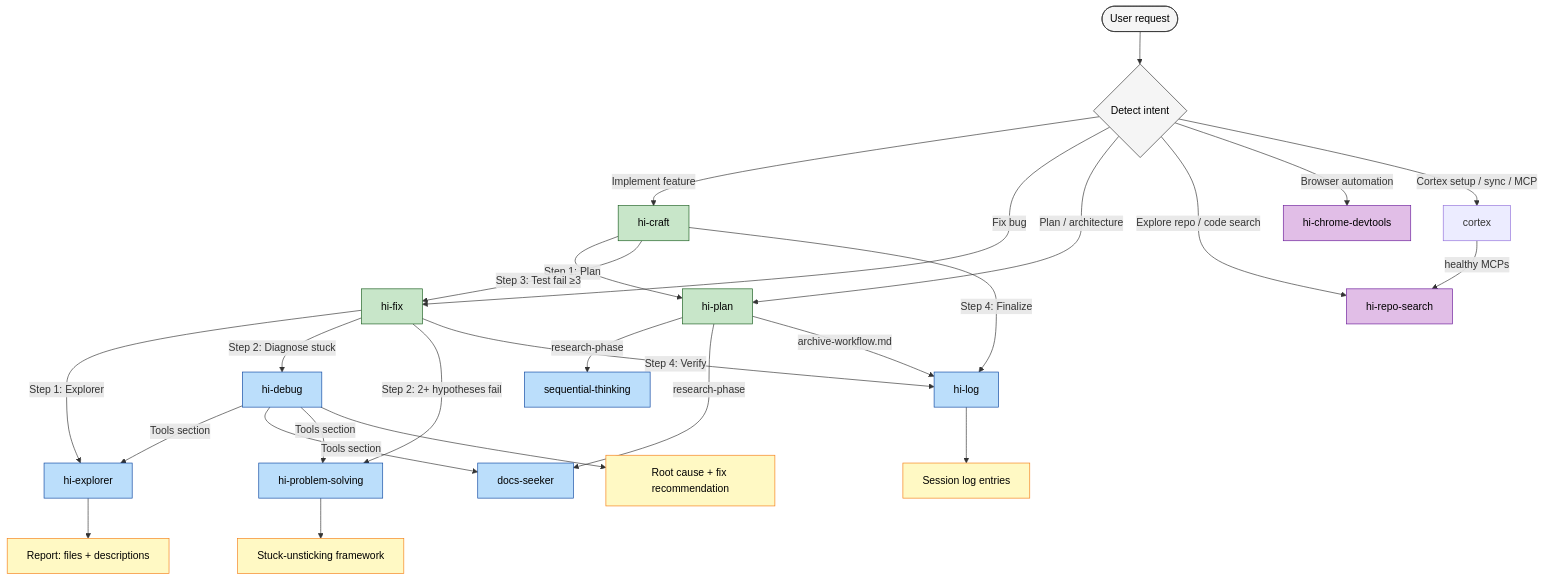
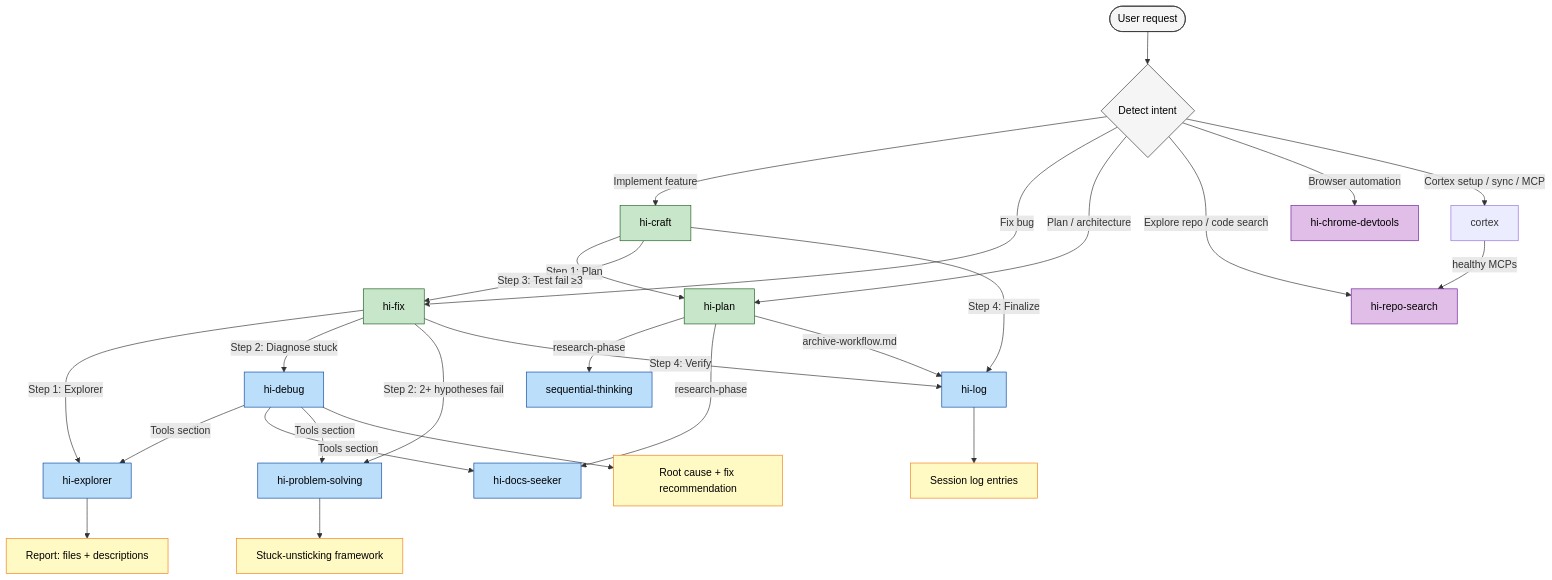
The seventh of 7 diagrams in devkit.md (baka3k/dev-kit), drawn with Mermaid before and after one commit. The commit also changed other lines of this file and 7 other files, not shown here.

````diff
--- a/devkit.md
+++ b/devkit.md
@@ -184,47 +184,47 @@
 ```mermaid
 graph TD
     User([User request]) --> Detect{Detect intent}
 
     Detect -->|Implement feature| Craft[hi-craft]
     Detect -->|Fix bug| Fix[hi-fix]
     Detect -->|Plan / architecture| Plan[hi-plan]
     Detect -->|Explore repo / code search| RepoSearch[hi-repo-search]
     Detect -->|Browser automation| Chrome[hi-chrome-devtools]
     Detect -->|Cortex setup / sync / MCP| Cortex[cortex]
 
     Cortex -->|healthy MCPs| RepoSearch
     Craft -->|Step 1: Plan| Plan
     Craft -->|Step 3: Test fail ≥3| Fix
     Craft -->|Step 4: Finalize| Log[hi-log]
 
     Fix -->|Step 1: Explorer| explorer[hi-explorer]
     Fix -->|Step 2: Diagnose stuck| Debug[hi-debug]
     Fix -->|Step 2: 2+ hypotheses fail| PS[hi-problem-solving]
     Fix -->|Step 4: Verify| Log
 
     Plan -->|research-phase| ST[sequential-thinking]
-    Plan -->|research-phase| Docs[docs-seeker]
+    Plan -->|research-phase| Docs[hi-docs-seeker]
     Plan -->|archive-workflow.md| Log
 
     Debug -->|Tools section| explorer
     Debug -->|Tools section| Docs
     Debug -->|Tools section| PS
 
     explorer --> Output[Report: files + descriptions]
     Debug --> Output2[Root cause + fix recommendation]
     PS --> Output3[Stuck-unsticking framework]
     Log --> Output4[Session log entries]
 
     classDef primary fill:#c8e6c9,stroke:#1b5e20,color:#000
     classDef tool fill:#e1bee7,stroke:#6a1b9a,color:#000
     classDef linked fill:#bbdefb,stroke:#0d47a1,color:#000
     classDef leaf fill:#fff9c4,stroke:#f57f17,color:#000
     classDef endnode fill:#f5f5f5,stroke:#333,color:#000
 
     class Craft,Fix,Plan primary
     class RepoSearch,Chrome tool
     class explorer,Debug,Log,ST,Docs,PS linked
     class Output,Output2,Output3,Output4 leaf
     class User,Detect endnode
 
 ```
````
